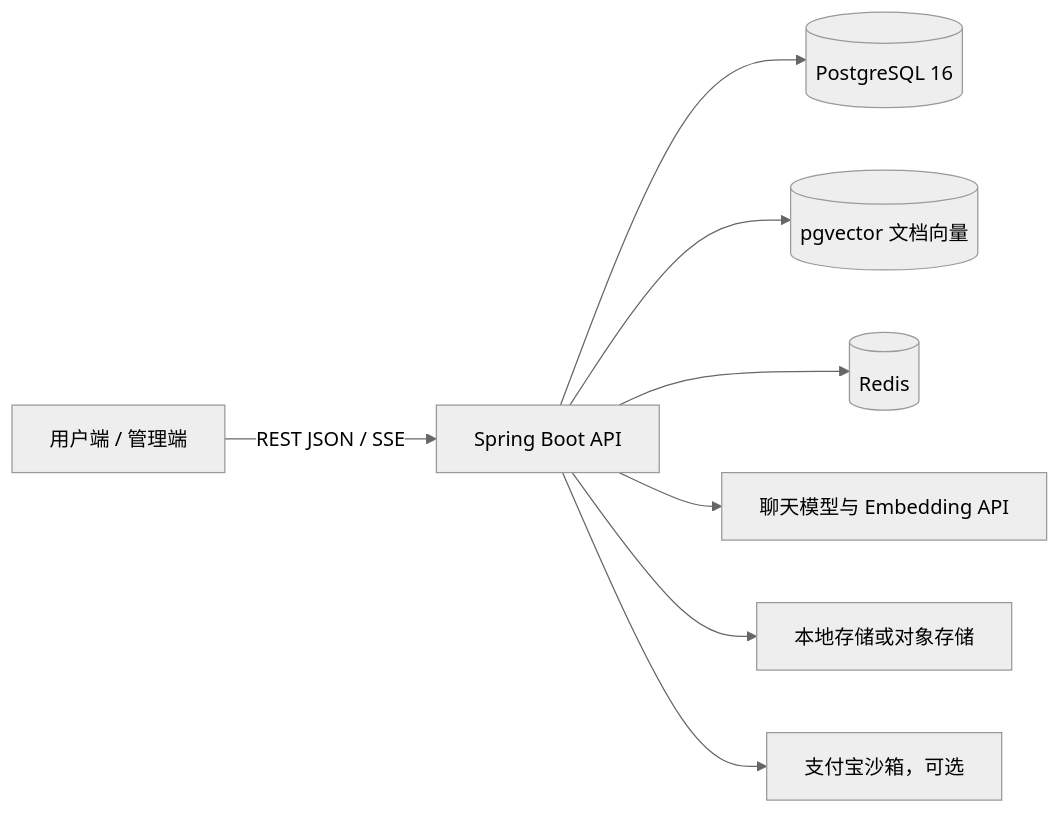
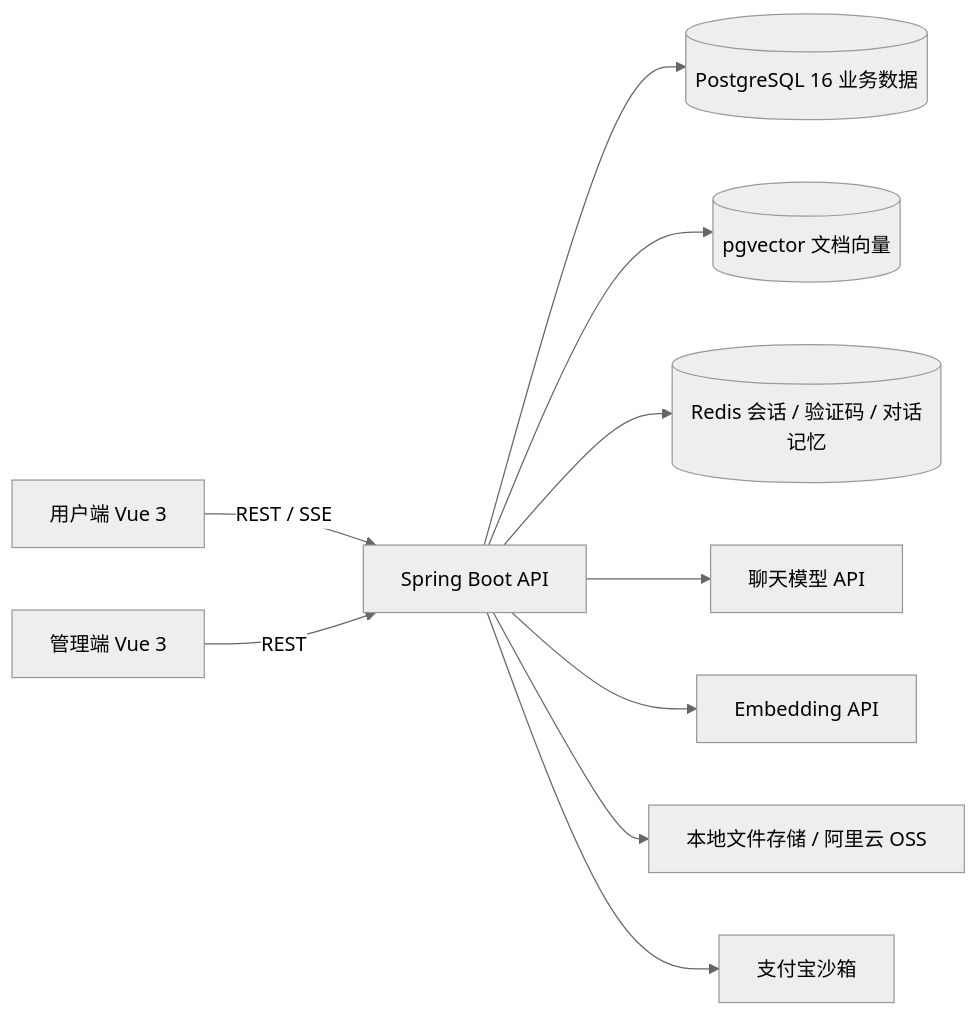
One commit to Landelos1/smart-notes changed the diagram in README.md. Above: the diagram before and after it, drawn with Mermaid (neutral theme). The commit also changed other lines of this file and 4 other files, not shown here.

Commit message:
docs: expand full project setup, architecture and deployment guide

````diff
--- a/README.md
+++ b/README.md
@@ -39,10 +54,12 @@
 ```mermaid
 flowchart LR
-  User[用户端 / 管理端] -->|REST JSON / SSE| API[Spring Boot API]
-  API --> PG[(PostgreSQL 16)]
+  U[用户端 Vue 3] -->|REST / SSE| API[Spring Boot API]
+  A[管理端 Vue 3] -->|REST| API
+  API --> PG[(PostgreSQL 16 业务数据)]
   API --> VEC[(pgvector 文档向量)]
-  API --> Redis[(Redis)]
-  API --> Model[聊天模型与 Embedding API]
-  API --> Storage[本地存储或对象存储]
-  API --> Pay[支付宝沙箱，可选]
+  API --> R[(Redis 会话 / 验证码 / 对话记忆)]
+  API --> C[聊天模型 API]
+  API --> E[Embedding API]
+  API --> F[本地文件存储 / 阿里云 OSS]
+  API --> P[支付宝沙箱]
 ```
````
